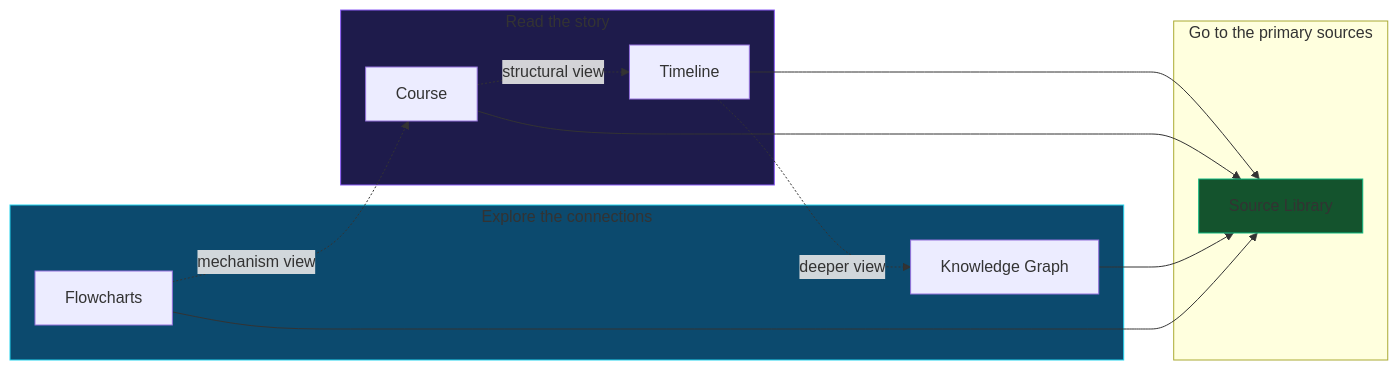
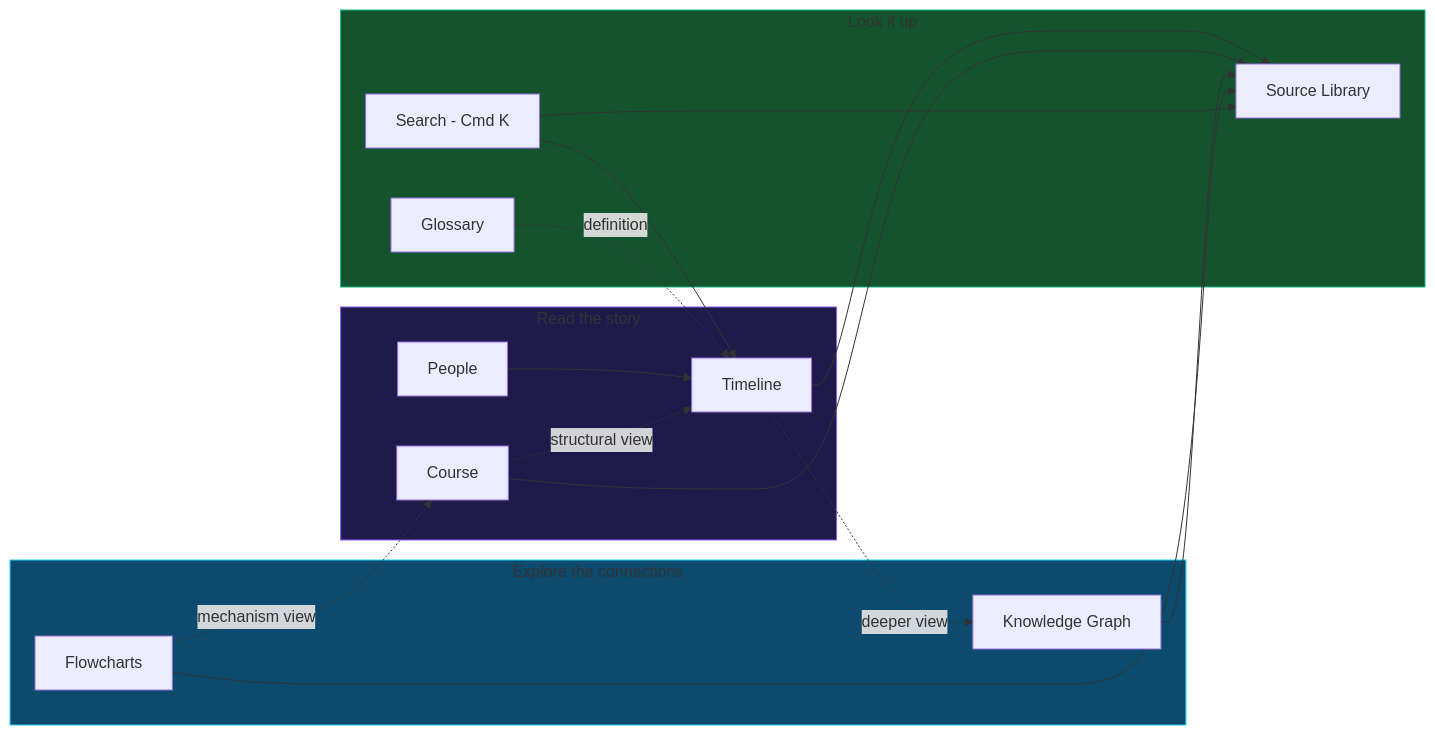
The diagram in docs/diagrams/07-user-journey.mmd (aniruddhaadak80/ai-journey), drawn with Mermaid before and after one commit. The commit also changed 20 other files, not shown here.

First line of the commit message:
feat: command palette, glossary, people, deep links, 404, PWA manifest

```diff
--- a/docs/diagrams/07-user-journey.mmd
+++ b/docs/diagrams/07-user-journey.mmd
@@ -1,24 +1,31 @@
 flowchart LR
     subgraph Read["Read the story"]
         A1[Timeline]
         A2[Course]
+        A3[People]
     end
     subgraph Explore["Explore the connections"]
         B1[Knowledge Graph]
         B2[Flowcharts]
     end
-    subgraph Deeper["Go to the primary sources"]
+    subgraph Lookup["Look it up"]
+        C0[Search - Cmd K]
         C1[Source Library]
+        C2[Glossary]
     end
 
     A1 --> C1
     A2 --> C1
     B1 --> C1
     B2 --> C1
+    C0 --> A1
+    C0 --> C1
+    A3 --> A1
     A1 -.deeper view.-> B1
     A2 -.structural view.-> A1
     B2 -.mechanism view.-> A2
+    C2 -.definition.-> A1
 
     style Read fill:#1e1b4b,stroke:#8b5cf6
     style Explore fill:#0c4a6e,stroke:#22d3ee
-    style C1 fill:#14532d,stroke:#10b981
+    style Lookup fill:#14532d,stroke:#10b981
```
